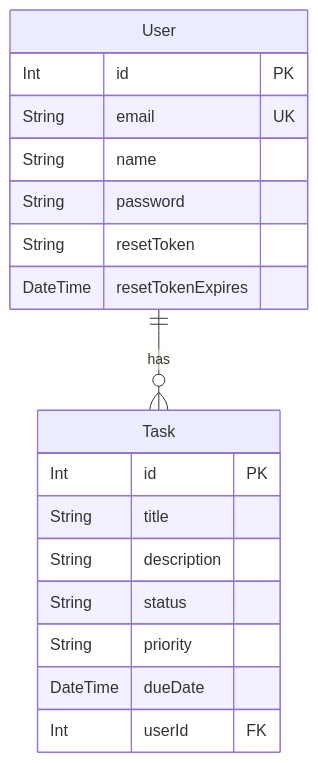
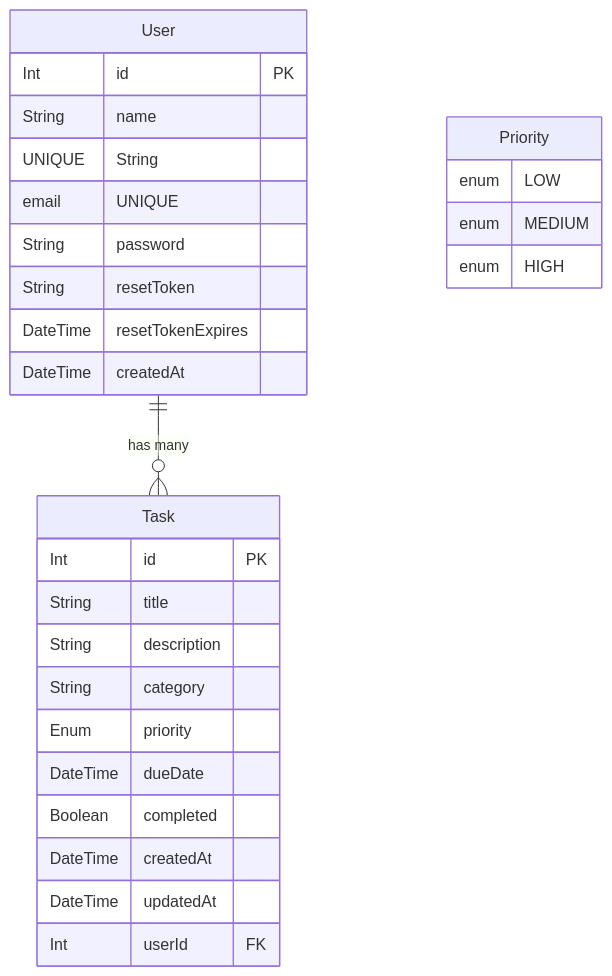
Before and after one commit to Kakarot-Caracter/TaskFlow-Backend: the diagram in README.md, drawn with Mermaid. The commit also changed other lines of this file and 10 other files, not shown here.

````diff
--- a/README.md
+++ b/README.md
@@ -125,23 +238,33 @@
 ```mermaid
 erDiagram
-    User {
-        Int id PK
-        String email UK
-        String name
-        String password
-        String resetToken
-        DateTime resetTokenExpires
-    }
+  User {
+    Int id PK
+    String name UNIQUE
+    String email UNIQUE
+    String password
+    String resetToken
+    DateTime resetTokenExpires
+    DateTime createdAt
+  }
 
-    Task {
-        Int id PK
-        String title
-        String description
-        String status
-        String priority
-        DateTime dueDate
-        Int userId FK
-    }
+  Task {
+    Int id PK
+    String title
+    String description
+    String category
+    Enum priority
+    DateTime dueDate
+    Boolean completed
+    DateTime createdAt
+    DateTime updatedAt
+    Int userId FK
+  }
 
-    User ||--o{ Task : "has"
+  User ||--o{ Task : "has many"
+
+  Priority {
+    enum LOW
+    enum MEDIUM
+    enum HIGH
+  }
 ```
````
